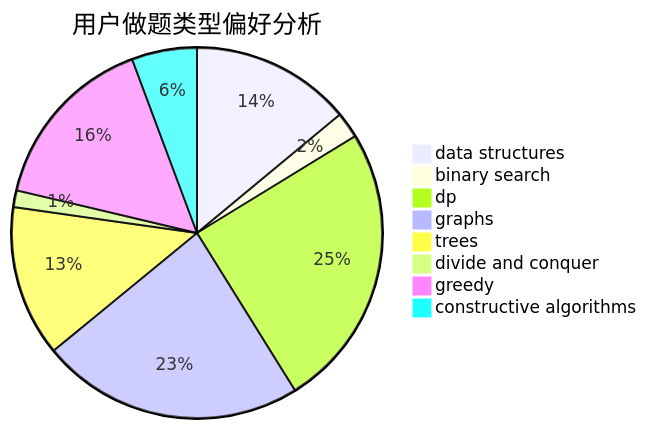
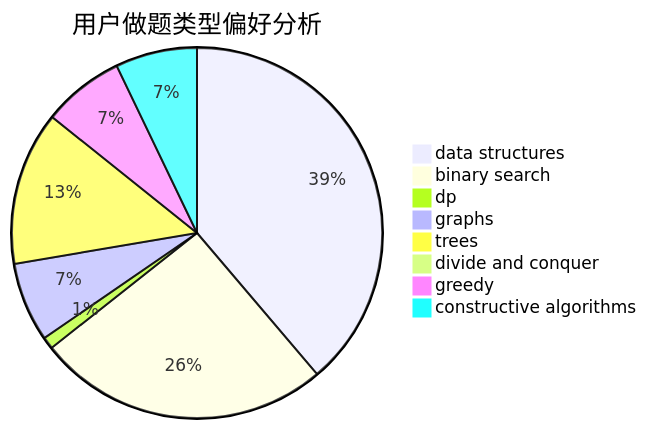
Before and after one commit to sherpahu/cfrs.github.io: the second of 3 diagrams in docs/user/u863.md, drawn with Mermaid. The commit also changed other lines of this file and 2770 other files, not shown here.

````diff
--- a/docs/user/u863.md
+++ b/docs/user/u863.md
@@ -23,11 +23,11 @@
 ```mermaid
 pie title 用户做题类型偏好分析
-    "data structures" :  86
-    "binary search" :  14
-    "dp" :  153
-    "graphs" :  141
-    "trees" :  81
-    "divide and conquer" :  9
-    "greedy" :  96
-    "constructive algorithms" :  35
+    "data structures" :  185
+    "binary search" :  122
+    "dp" :  5
+    "graphs" :  33
+    "trees" :  64
+    "divide and conquer" :  1
+    "greedy" :  34
+    "constructive algorithms" :  34
 ```
````
